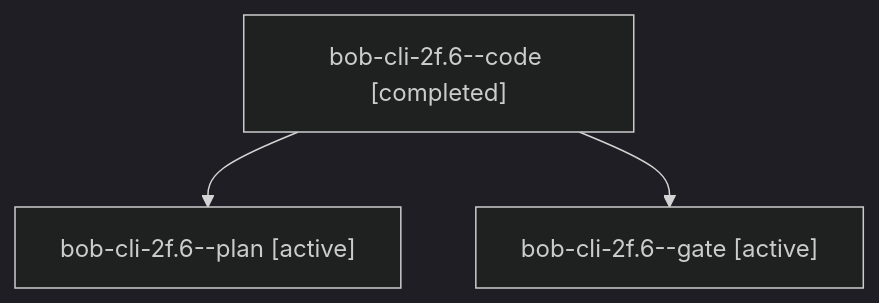
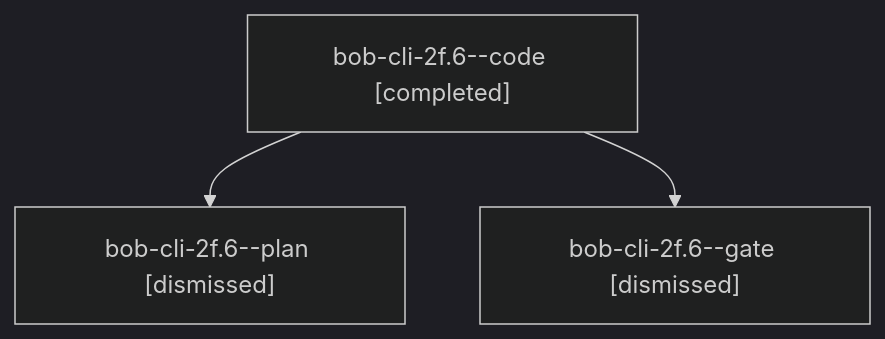
Before and after one commit to bobs-org/bob-cli--agents: the diagram in sessions/bbugyi200.apollo.bob-cli-2f.6.md, drawn with Mermaid (dark theme). The commit also changed other lines of this file and 149 other files, not shown here.

````diff
--- a/sessions/bbugyi200.apollo.bob-cli-2f.6.md
+++ b/sessions/bbugyi200.apollo.bob-cli-2f.6.md
@@ -9,8 +9,8 @@
 ```mermaid
 flowchart TD
   n0["bob-cli-2f.6--code [completed]"]
-  n1["bob-cli-2f.6--plan [active]"]
+  n1["bob-cli-2f.6--plan [dismissed]"]
   n0 --> n1
-  n2["bob-cli-2f.6--gate [active]"]
+  n2["bob-cli-2f.6--gate [dismissed]"]
   n0 --> n2
 ```
````
